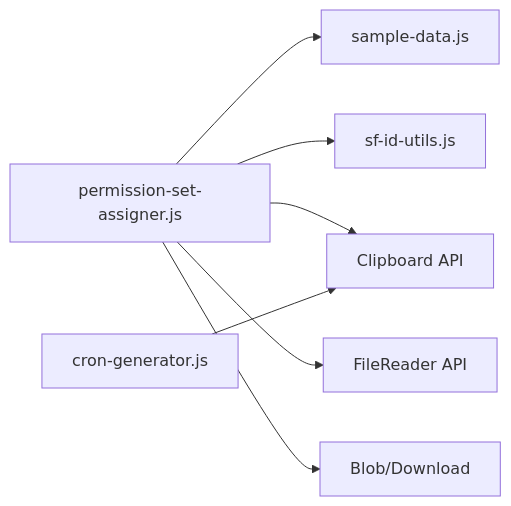
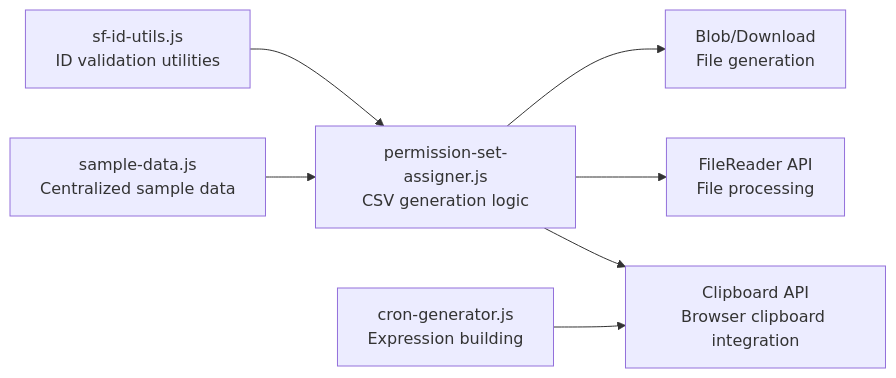
Before and after one commit to escaleraalcielo/developer-utilities: the fifth of 6 diagrams in .qoder/repowiki/en/content/Administrative Tools/Administrative Tools.md, drawn with Mermaid. The commit also changed other lines of this file and 6 other files, not shown here.

````diff
--- a/.qoder/repowiki/en/content/Administrative Tools/Administrative Tools.md
+++ b/.qoder/repowiki/en/content/Administrative Tools/Administrative Tools.md
@@ -245,9 +265,9 @@
 ```mermaid
 graph LR
-PermAssigner["permission-set-assigner.js"] --> SampleData["sample-data.js"]
-PermAssigner --> SFUtils["sf-id-utils.js"]
-PermAssigner --> Clipboard["Clipboard API"]
-PermAssigner --> FileReader["FileReader API"]
-PermAssigner --> Blob["Blob/Download"]
-CronGen["cron-generator.js"] --> Clipboard
+SampleData["sample-data.js<br/>Centralized sample data"] --> PermAssigner["permission-set-assigner.js<br/>CSV generation logic"]
+SFUtils["sf-id-utils.js<br/>ID validation utilities"] --> PermAssigner
+PermAssigner --> Clipboard["Clipboard API<br/>Browser clipboard integration"]
+PermAssigner --> FileReader["FileReader API<br/>File processing"]
+PermAssigner --> Blob["Blob/Download<br/>File generation"]
+CronGen["cron-generator.js<br/>Expression building"] --> Clipboard
 ```
````
